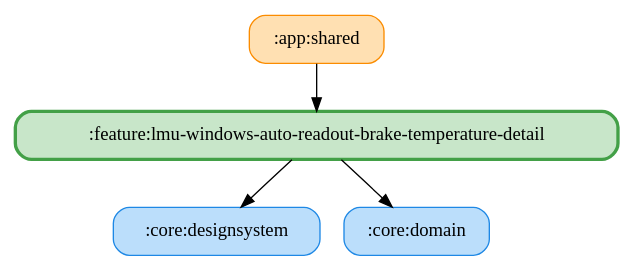
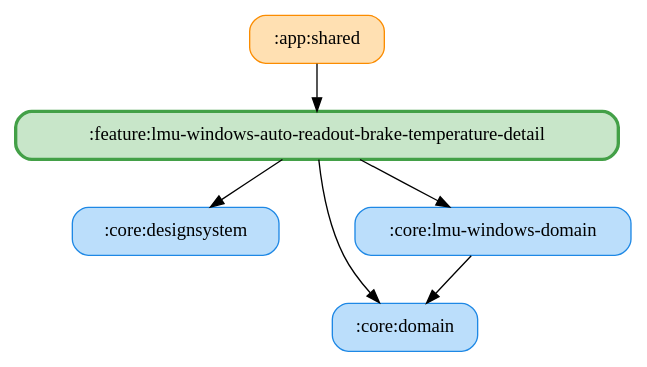
One commit to ai-kurou/KoDriver changed the diagram in docs/graphs/feature-lmu-windows-auto-readout-brake-temperature-detail.gv. Above: the diagram before and after it, drawn with Graphviz. The commit also changed 46 other files, not shown here.

Commit message:
chore: update module graph images

```diff
--- a/docs/graphs/feature-lmu-windows-auto-readout-brake-temperature-detail.gv
+++ b/docs/graphs/feature-lmu-windows-auto-readout-brake-temperature-detail.gv
@@ -1,11 +1,14 @@
 digraph G {
   rankdir=TB
   node [shape=box, style="rounded,filled"]
   ":app:shared" [fillcolor="#FFE0B2", color="#FB8C00", penwidth=1]
   ":core:designsystem" [fillcolor="#BBDEFB", color="#1E88E5", penwidth=1]
   ":core:domain" [fillcolor="#BBDEFB", color="#1E88E5", penwidth=1]
+  ":core:lmu-windows-domain" [fillcolor="#BBDEFB", color="#1E88E5", penwidth=1]
   ":feature:lmu-windows-auto-readout-brake-temperature-detail" [fillcolor="#C8E6C9", color="#43A047", penwidth=2.5]
   ":app:shared" -> ":feature:lmu-windows-auto-readout-brake-temperature-detail"
+  ":core:lmu-windows-domain" -> ":core:domain"
   ":feature:lmu-windows-auto-readout-brake-temperature-detail" -> ":core:domain"
+  ":feature:lmu-windows-auto-readout-brake-temperature-detail" -> ":core:lmu-windows-domain"
   ":feature:lmu-windows-auto-readout-brake-temperature-detail" -> ":core:designsystem"
 }
```
